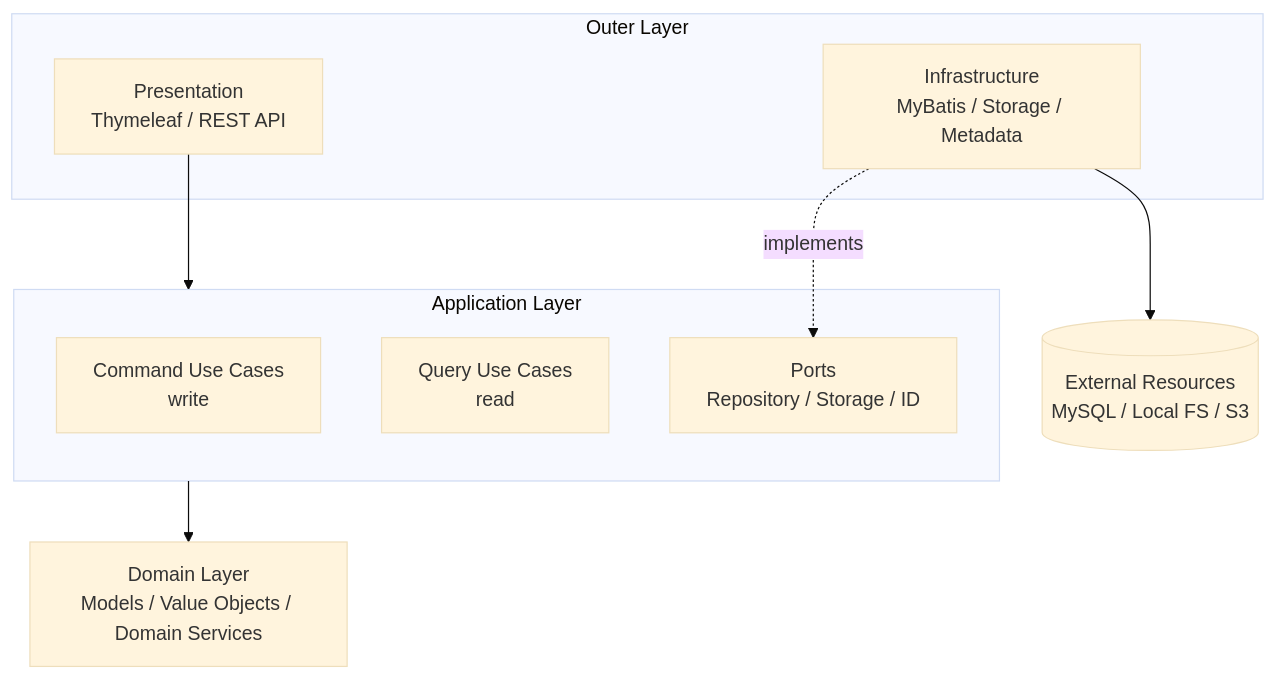
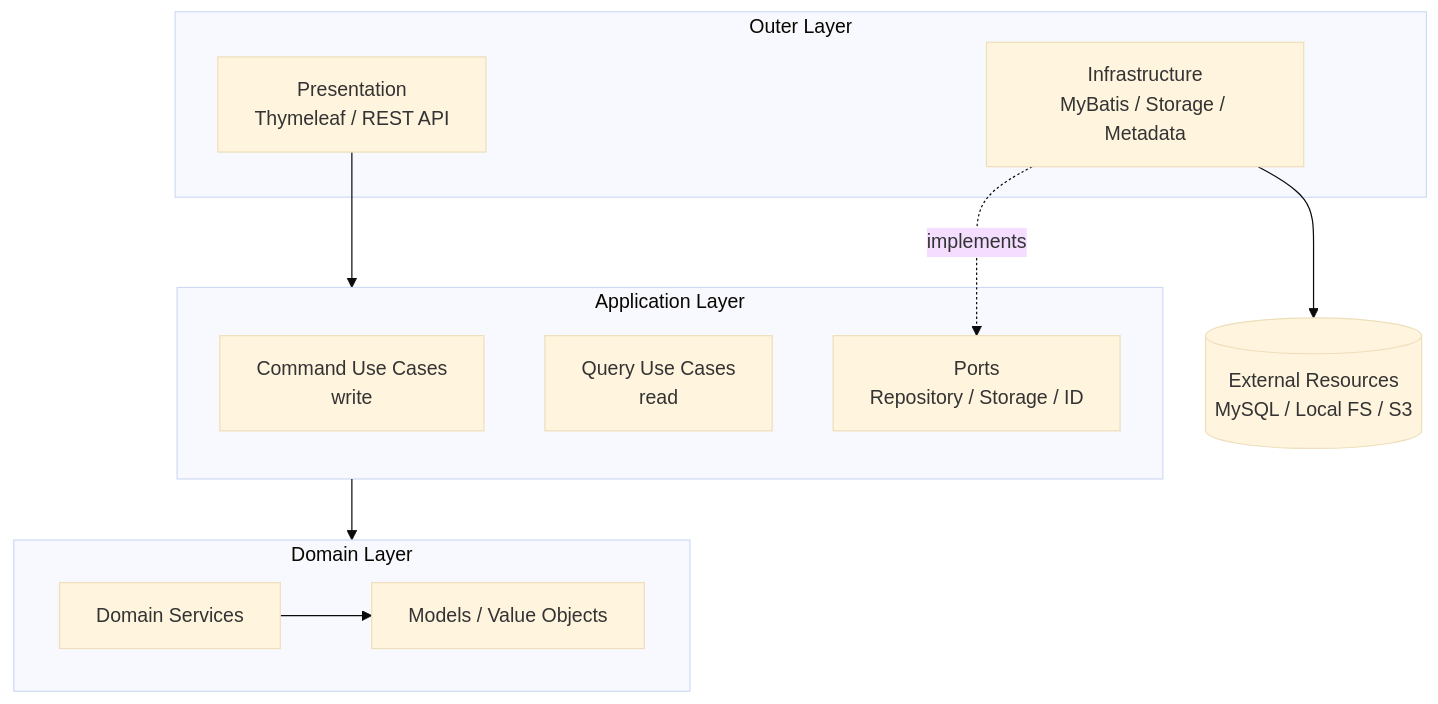
One commit to i-432kg/footprint-docs changed the third of 6 diagrams in 02_architecture.md. Above: the diagram before and after it, drawn with Mermaid (base theme). The commit also changed other lines of this file, not shown here.

Commit message:
Onion Architectureの合わない表現を修正

````diff
--- a/02_architecture.md
+++ b/02_architecture.md
@@ -85,21 +85,26 @@
 ```mermaid
 flowchart TB
     subgraph OUTER["Outer Layer"]
         P["Presentation<br/>Thymeleaf / REST API"]
         I["Infrastructure<br/>MyBatis / Storage / Metadata"]
     end
 
     subgraph APP["Application Layer"]
         C["Command Use Cases<br/>write"]
         Q["Query Use Cases<br/>read"]
         PORT["Ports<br/>Repository / Storage / ID"]
     end
 
-    D["Domain Layer<br/>Models / Value Objects / Domain Services"]
+    subgraph DOMAIN["Domain Layer"]
+        DS["Domain Services"]
+        MODEL["Models / Value Objects"]
+    end
+
     EXT[("External Resources<br/>MySQL / Local FS / S3")]
 
     P --> APP
-    APP --> D
+    APP --> DOMAIN
+    DS --> MODEL
     I -. implements .-> PORT
     I --> EXT
 ```
````
